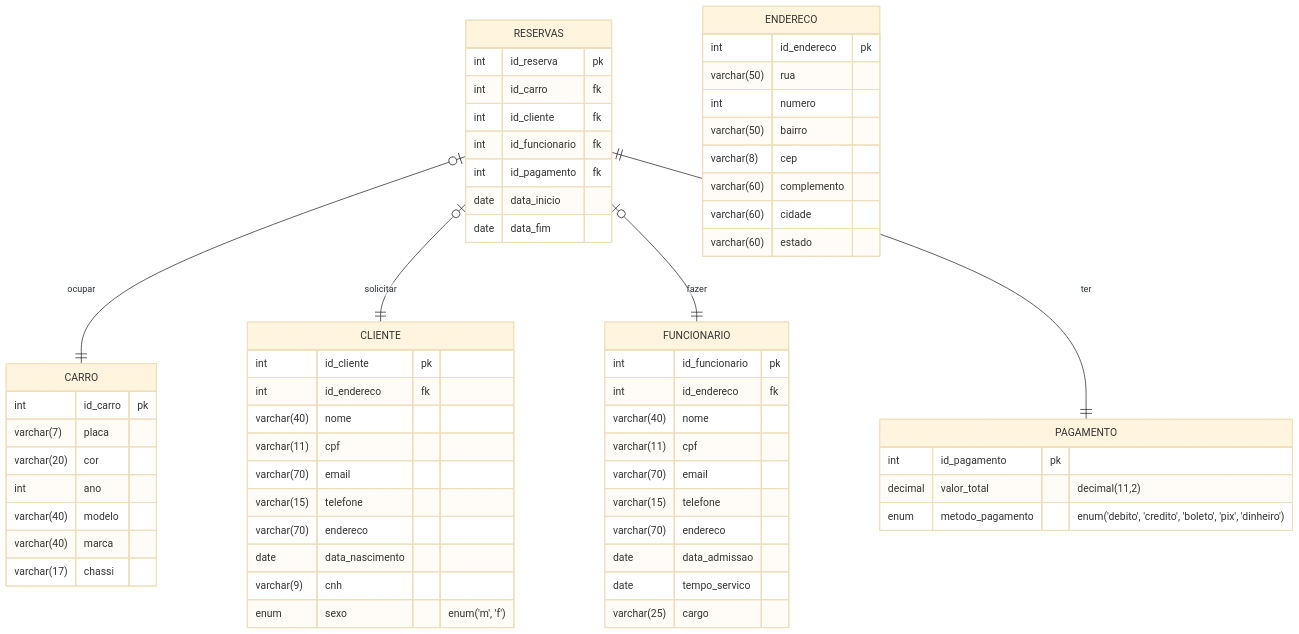
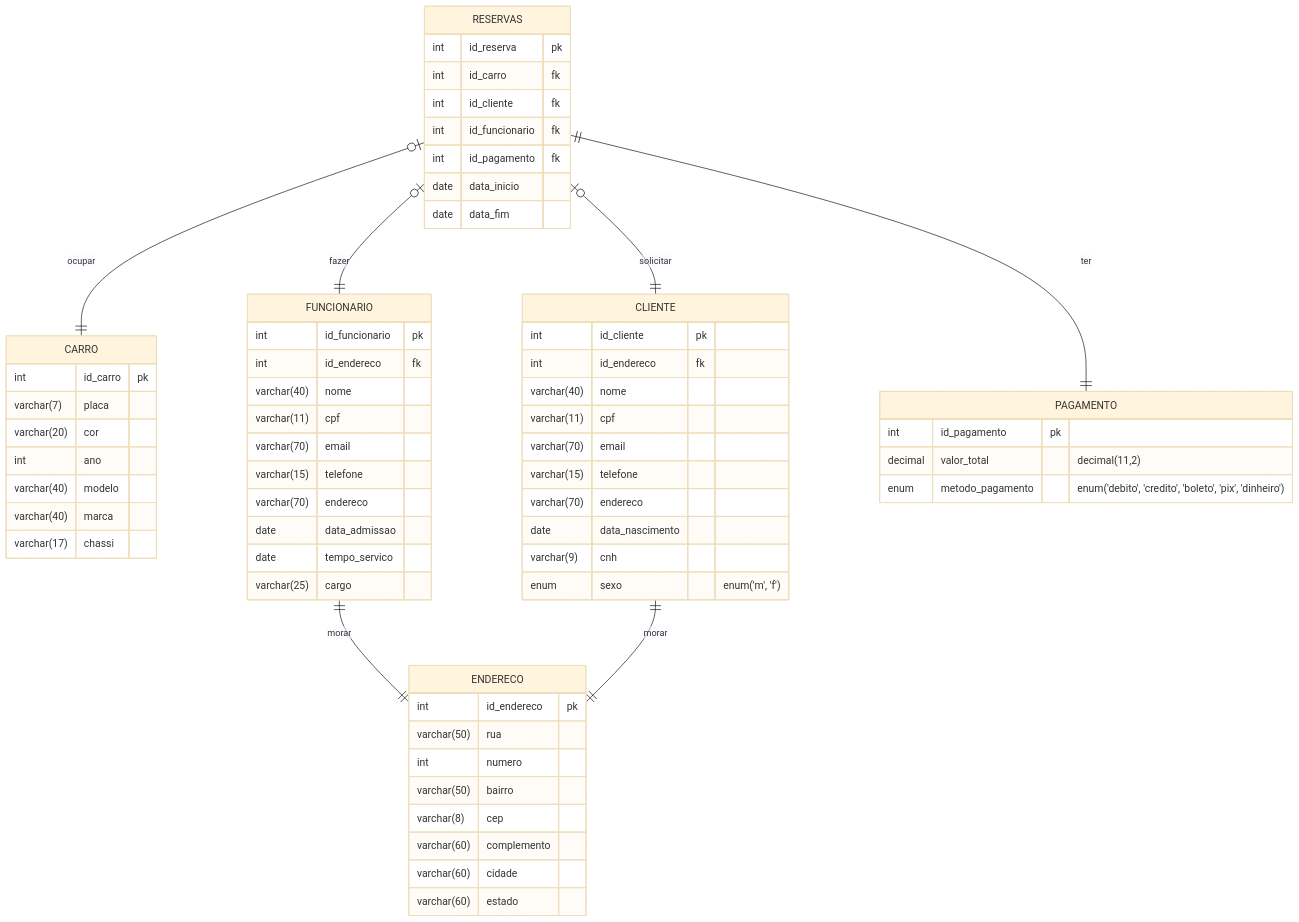
The diagram in docs/index.md (4ntho0ny/documentacao_trabalho_banco_de_dados), drawn with Mermaid (base theme) before and after one commit.

````diff
--- a/docs/index.md
+++ b/docs/index.md
@@ -13,71 +13,73 @@
 ``` mermaid
 erDiagram
 
 ca[CARRO] {
     int id_carro pk
     varchar(7) placa
     varchar(20) cor
     int ano
     varchar(40) modelo
     varchar(40) marca
     varchar(17) chassi
 }
 
 cl[CLIENTE] {
     int id_cliente pk
     int id_endereco fk
     varchar(40) nome
     varchar(11) cpf
     varchar(70) email
     varchar(15) telefone
     varchar(70) endereco
     date data_nascimento
     varchar(9) cnh
     enum sexo "enum('m', 'f')"
 }
 
 f[FUNCIONARIO] {
     int id_funcionario pk
     int id_endereco fk
     varchar(40) nome
     varchar(11) cpf
     varchar(70) email
     varchar(15) telefone
     varchar(70) endereco
     date data_admissao
     date tempo_servico
     varchar(25) cargo
 }
 
 r[RESERVAS] {
     int id_reserva pk
     int id_carro fk
     int id_cliente fk
     int id_funcionario fk
     int id_pagamento fk
     date data_inicio
     date data_fim
 }
 
 p[PAGAMENTO] {
     int id_pagamento pk
     decimal valor_total "decimal(11,2)"
     enum metodo_pagamento "enum('debito', 'credito', 'boleto', 'pix', 'dinheiro')"
 }
 
 e[ENDERECO] {
     int id_endereco pk 
     varchar(50) rua 
     int numero
     varchar(50) bairro
     varchar(8) cep
     varchar(60) complemento
     varchar(60) cidade
     varchar(60) estado
 }
 
 r |o--|| ca : ocupar
 r |o--|| cl : solicitar
 r |o--|| f : fazer
 r ||--|| p : ter
+f ||--|| e : morar
+cl ||--|| e : morar
 ```
````
